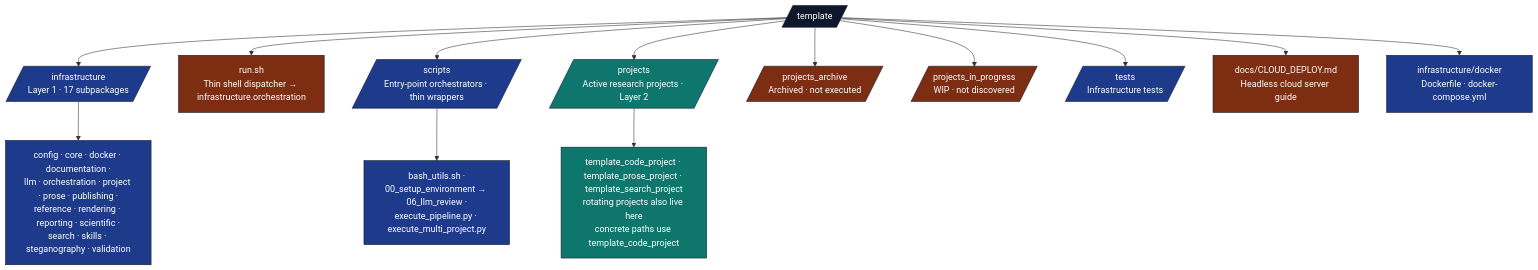
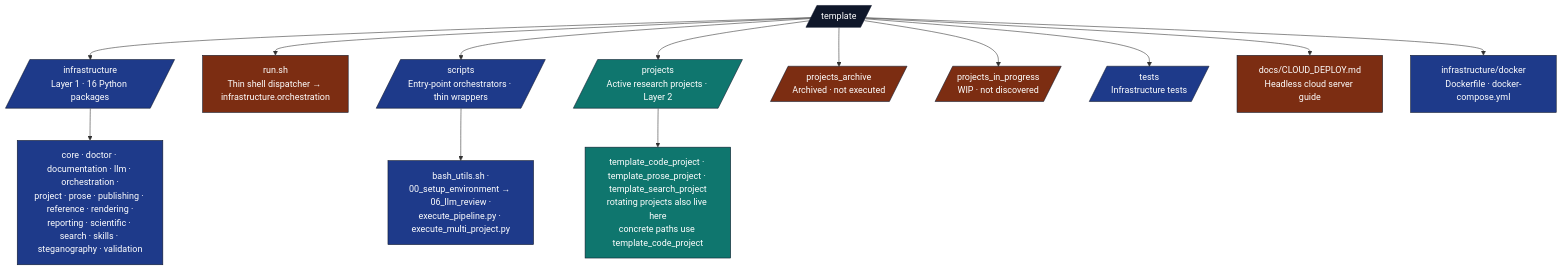
One commit to docxology/template changed the diagram in docs/PAI.md. Above: the diagram before and after it, drawn with Mermaid. The commit also changed other lines of this file and 952 other files, not shown here.

````diff
--- a/docs/PAI.md
+++ b/docs/PAI.md
@@ -31,28 +69,28 @@
 ```mermaid
 flowchart TB
     ROOT[/template/]
-    ROOT --> INFRA[/infrastructure<br/>Layer 1 · 17 subpackages/]
+    ROOT --> INFRA[/infrastructure<br/>Layer 1 · 16 Python packages/]
     ROOT --> RUN[run.sh<br/>Thin shell dispatcher → infrastructure.orchestration]
     ROOT --> SCR[/scripts<br/>Entry-point orchestrators · thin wrappers/]
     ROOT --> PROJ[/projects<br/>Active research projects · Layer 2/]
     ROOT --> ARCH[/projects_archive<br/>Archived · not executed/]
     ROOT --> WIP[/projects_in_progress<br/>WIP · not discovered/]
     ROOT --> T[/tests<br/>Infrastructure tests/]
     ROOT --> DOCS[docs/CLOUD_DEPLOY.md<br/>Headless cloud server guide]
     ROOT --> DOCKER[infrastructure/docker<br/>Dockerfile · docker-compose.yml]
 
-    INFRA --> INFRA_PKGS[config · core · docker · documentation ·<br/>llm · orchestration · project · prose · publishing ·<br/>reference · rendering · reporting · scientific ·<br/>search · skills · steganography · validation]
+    INFRA --> INFRA_PKGS[core · doctor · documentation · llm · orchestration ·<br/>project · prose · publishing · reference · rendering ·<br/>reporting · scientific · search · skills · steganography · validation]
 
     SCR --> SCR_FILES[bash_utils.sh ·<br/>00_setup_environment → 06_llm_review ·<br/>execute_pipeline.py · execute_multi_project.py]
 
     PROJ --> PROJ_F["template_code_project · template_prose_project · template_search_project<br/>rotating projects also live here<br/>concrete paths use template_code_project"]
 
     classDef root fill:#0f172a,stroke:#0f172a,color:#fff
     classDef l1 fill:#1e3a8a,stroke:#0f172a,color:#fff
     classDef l2 fill:#0f766e,stroke:#0f172a,color:#fff
     classDef gen fill:#7c2d12,stroke:#0f172a,color:#fff
     class ROOT root
     class INFRA,SCR,T,DOCKER,INFRA_PKGS,SCR_FILES l1
     class PROJ,PROJ_F l2
     class ARCH,WIP,DOCS,RUN gen
 ```
````
